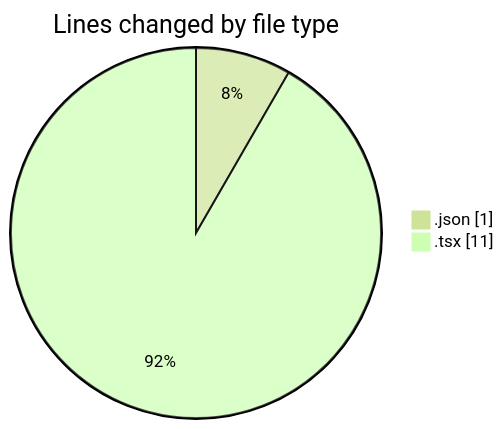
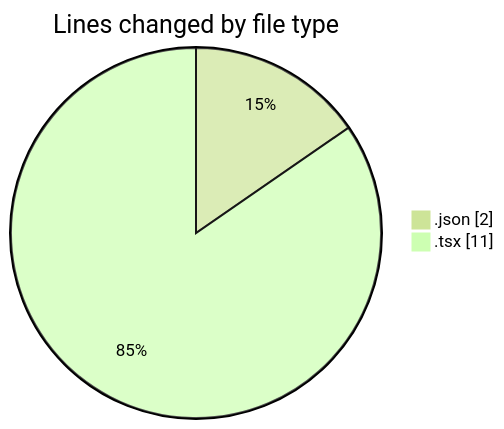
Before and after one commit to Elitesun/code-tracking: the first of 2 diagrams in 2025-05-01/niten/README.md, drawn with Mermaid (forest theme). The commit also changed other lines of this file and 1 other file, not shown here.

````diff
--- a/2025-05-01/niten/README.md
+++ b/2025-05-01/niten/README.md
@@ -21,6 +21,6 @@
 ```mermaid
 pie showData
 title Lines changed by file type
-".json" : 1
+".json" : 2
 ".tsx" : 11
 ```
````
